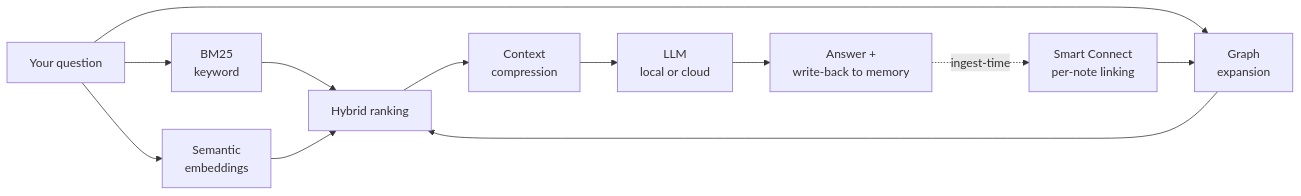
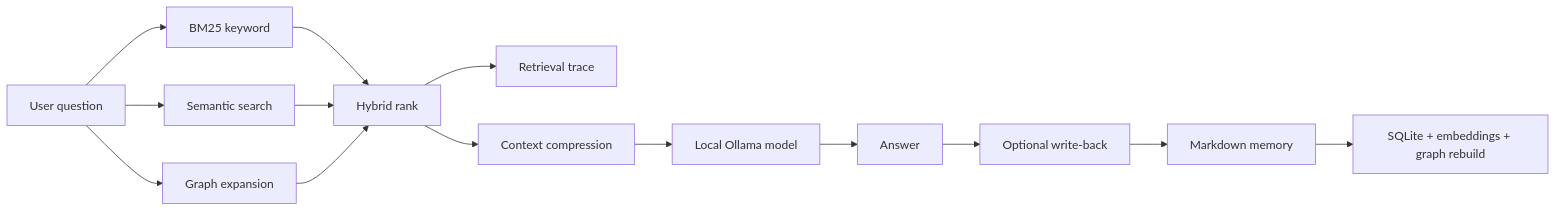
The diagram in README.md (jakubsuplicki/deepbind), drawn with Mermaid before and after one commit. The commit also changed other lines of this file, not shown here.

Commit message:
docs: update README for pure-local v1

````diff
--- a/README.md
+++ b/README.md
@@ -102,14 +108,16 @@
 ```mermaid
 flowchart LR
-    Q[Your question] --> BM25[BM25<br/>keyword]
-    Q --> SEM[Semantic<br/>embeddings]
-    Q --> GRAPH[Graph<br/>expansion]
-    BM25 --> RANK[Hybrid ranking]
+    Q[User question] --> BM25[BM25 keyword]
+    Q --> SEM[Semantic search]
+    Q --> GRAPH[Graph expansion]
+    BM25 --> RANK[Hybrid rank]
     SEM --> RANK
     GRAPH --> RANK
-    RANK --> COMP[Context<br/>compression]
-    COMP --> MODEL[LLM<br/>local or cloud]
-    MODEL --> OUT[Answer +<br/>write-back to memory]
-    OUT -. ingest-time .-> CONNECT[Smart Connect<br/>per-note linking]
-    CONNECT --> GRAPH
+    RANK --> TRACE[Retrieval trace]
+    RANK --> COMP[Context compression]
+    COMP --> MODEL[Local Ollama model]
+    MODEL --> OUT[Answer]
+    OUT --> WRITE[Optional write-back]
+    WRITE --> MD[Markdown memory]
+    MD --> INDEX[SQLite + embeddings + graph rebuild]
 ```
````
